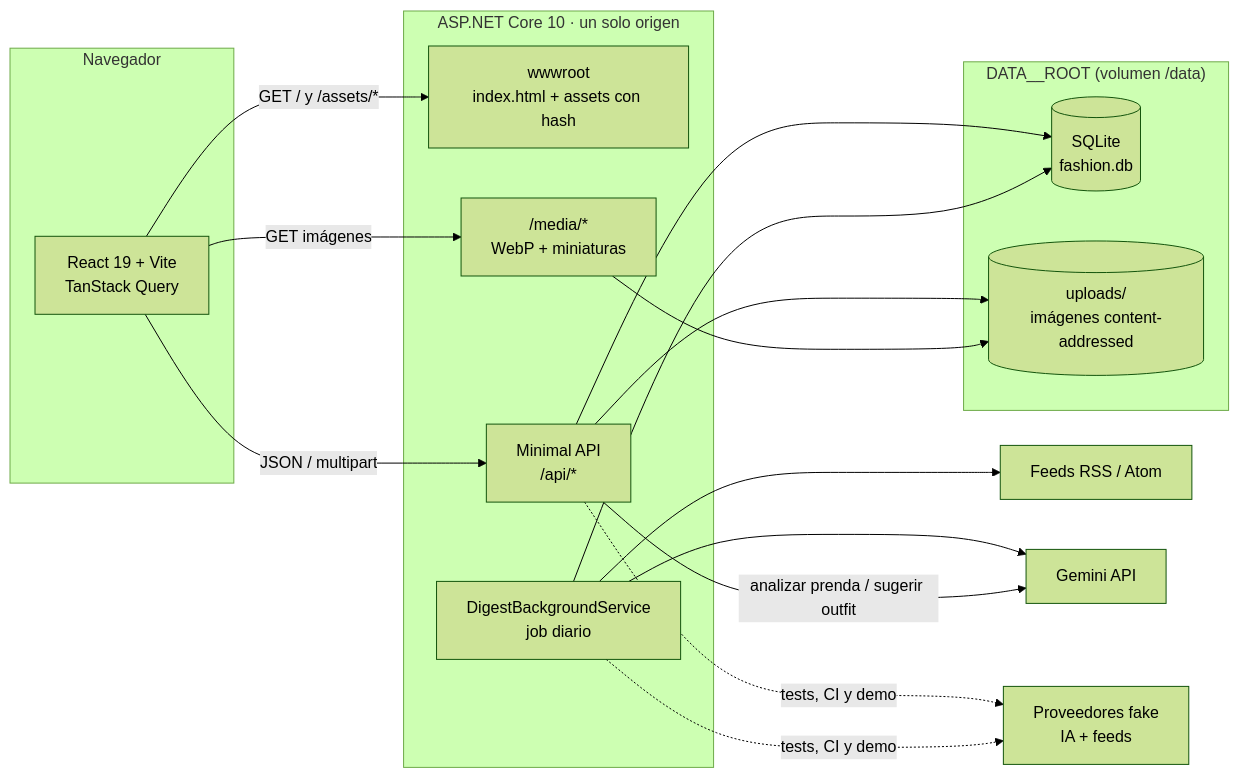
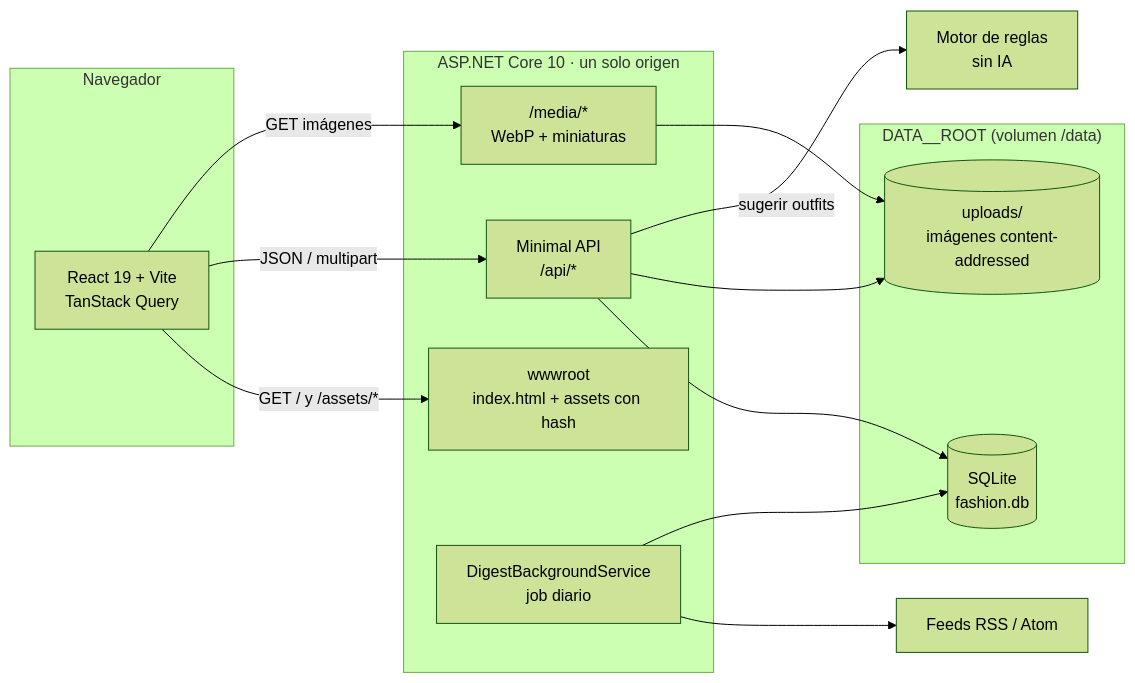
One commit to esdandev/fashion-app changed the first of 2 diagrams in docs/architecture.md. Above: the diagram before and after it, drawn with Mermaid (forest theme). The commit also changed other lines of this file and 96 other files, not shown here.

````diff
--- a/docs/architecture.md
+++ b/docs/architecture.md
@@ -13,35 +13,30 @@
 ```mermaid
 flowchart LR
   subgraph Navegador
     SPA["React 19 + Vite<br/>TanStack Query"]
   end
 
   subgraph API["ASP.NET Core 10 · un solo origen"]
     Static["wwwroot<br/>index.html + assets con hash"]
     Api["Minimal API<br/>/api/*"]
     Media["/media/*<br/>WebP + miniaturas"]
     Job["DigestBackgroundService<br/>job diario"]
   end
 
   subgraph Datos["DATA__ROOT (volumen /data)"]
     DB[("SQLite<br/>fashion.db")]
     Uploads[("uploads/<br/>imágenes content-addressed")]
   end
 
   Feeds["Feeds RSS / Atom"]
-  Gemini["Gemini API"]
-  Fake["Proveedores fake<br/>IA + feeds"]
 
   SPA -->|"GET / y /assets/*"| Static
   SPA -->|"JSON / multipart"| Api
   SPA -->|"GET imágenes"| Media
   Api --> DB
   Api --> Uploads
   Media --> Uploads
   Job --> Feeds
-  Job --> Gemini
   Job --> DB
-  Api -->|"analizar prenda / sugerir outfit"| Gemini
-  Api -.->|"tests, CI y demo"| Fake
-  Job -.->|"tests, CI y demo"| Fake
+  Api -->|"sugerir outfits"| Rules["Motor de reglas<br/>sin IA"]
 ```
````
